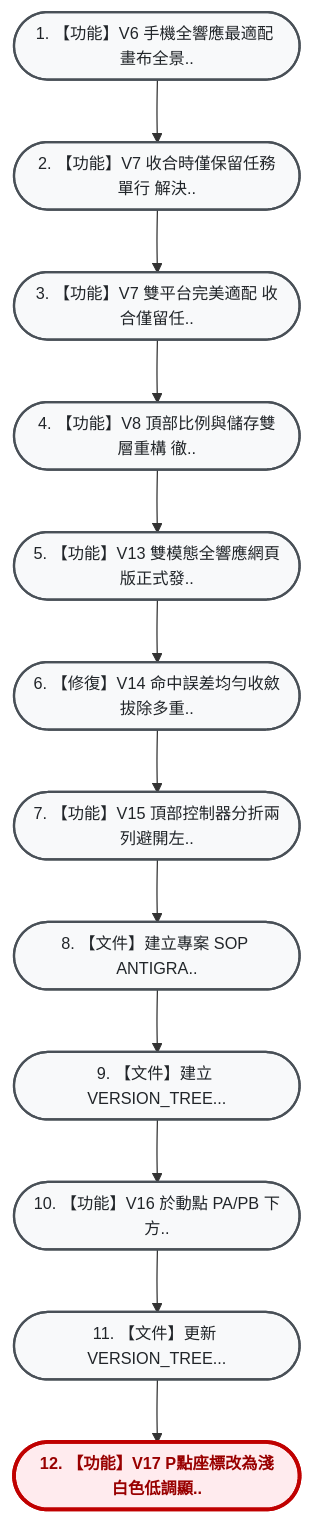
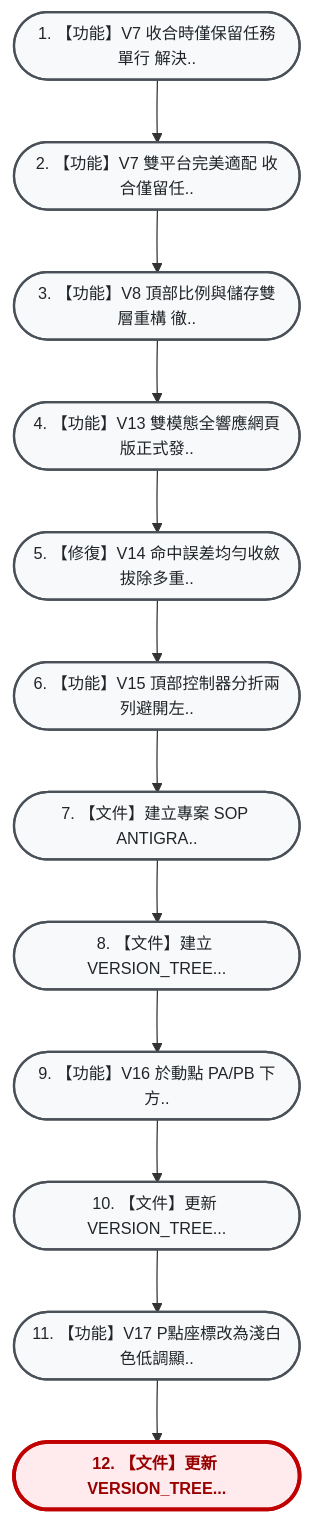
One commit to hjen8/apollonius changed the diagram in VERSION_TREE.md. Above: the diagram before and after it, drawn with Mermaid. The commit also changed other lines of this file, not shown here.

Commit message:
docs: 最終收工同步 VERSION_TREE.md

````diff
--- a/VERSION_TREE.md
+++ b/VERSION_TREE.md
@@ -13,32 +13,32 @@
 ```mermaid
 flowchart TD
     %% 雙壁版本樹專用視覺化配色風格 (由上而下 TD 垂直大字純中文版)
     classDef default fill:#f8f9fa,stroke:#495057,stroke-width:1.8px,color:#212529,font-size:13px;
     classDef current fill:#ffebee,stroke:#c00000,stroke-width:3px,color:#900,font-weight:bold,font-size:13px;
     classDef mergeNode fill:#e3f2fd,stroke:#1565c0,stroke-width:2px,color:#0d47a1,font-size:13px;
     classDef detour fill:#fff3e0,stroke:#e65100,stroke-width:2px,color:#b78103,font-size:13px;
     classDef transplant fill:#f3e5f5,stroke:#4a148c,stroke-width:2.5px,color:#4a148c,font-weight:bold,font-size:13px;
-    n_8d1e47c(["1. 【功能】V6 手機全響應最適配 畫布全景.."]):::default
-    n_e014cd9(["2. 【功能】V7 收合時僅保留任務單行 解決.."]):::default
-    n_d5b2657(["3. 【功能】V7 雙平台完美適配 收合僅留任.."]):::default
-    n_1d9f205(["4. 【功能】V8 頂部比例與儲存雙層重構 徹.."]):::default
-    n_1bfc99a(["5. 【功能】V13 雙模態全響應網頁版正式發.."]):::default
-    n_e6e8bc3(["6. 【修復】V14 命中誤差均勻收斂拔除多重.."]):::default
-    n_d2e2b42(["7. 【功能】V15 頂部控制器分折兩列避開左.."]):::default
-    n_127d7f7(["8. 【文件】建立專案 SOP ANTIGRA.."]):::default
-    n_6b66723(["9. 【文件】建立 VERSION_TREE..."]):::default
-    n_18fe5fb(["10. 【功能】V16 於動點 PA/PB 下方.."]):::default
-    n_7a0bbee(["11. 【文件】更新 VERSION_TREE..."]):::default
-    n_76e7790(["12. 【功能】V17 P點座標改為淺白色低調顯.."]):::current
-    n_8d1e47c --> n_e014cd9
+    n_e014cd9(["1. 【功能】V7 收合時僅保留任務單行 解決.."]):::default
+    n_d5b2657(["2. 【功能】V7 雙平台完美適配 收合僅留任.."]):::default
+    n_1d9f205(["3. 【功能】V8 頂部比例與儲存雙層重構 徹.."]):::default
+    n_1bfc99a(["4. 【功能】V13 雙模態全響應網頁版正式發.."]):::default
+    n_e6e8bc3(["5. 【修復】V14 命中誤差均勻收斂拔除多重.."]):::default
+    n_d2e2b42(["6. 【功能】V15 頂部控制器分折兩列避開左.."]):::default
+    n_127d7f7(["7. 【文件】建立專案 SOP ANTIGRA.."]):::default
+    n_6b66723(["8. 【文件】建立 VERSION_TREE..."]):::default
+    n_18fe5fb(["9. 【功能】V16 於動點 PA/PB 下方.."]):::default
+    n_7a0bbee(["10. 【文件】更新 VERSION_TREE..."]):::default
+    n_76e7790(["11. 【功能】V17 P點座標改為淺白色低調顯.."]):::default
+    n_da358e1(["12. 【文件】更新 VERSION_TREE..."]):::current
     n_e014cd9 --> n_d5b2657
     n_d5b2657 --> n_1d9f205
     n_1d9f205 --> n_1bfc99a
     n_1bfc99a --> n_e6e8bc3
     n_e6e8bc3 --> n_d2e2b42
     n_d2e2b42 --> n_127d7f7
     n_127d7f7 --> n_6b66723
     n_6b66723 --> n_18fe5fb
     n_18fe5fb --> n_7a0bbee
     n_7a0bbee --> n_76e7790
+    n_76e7790 --> n_da358e1
 ```
````
